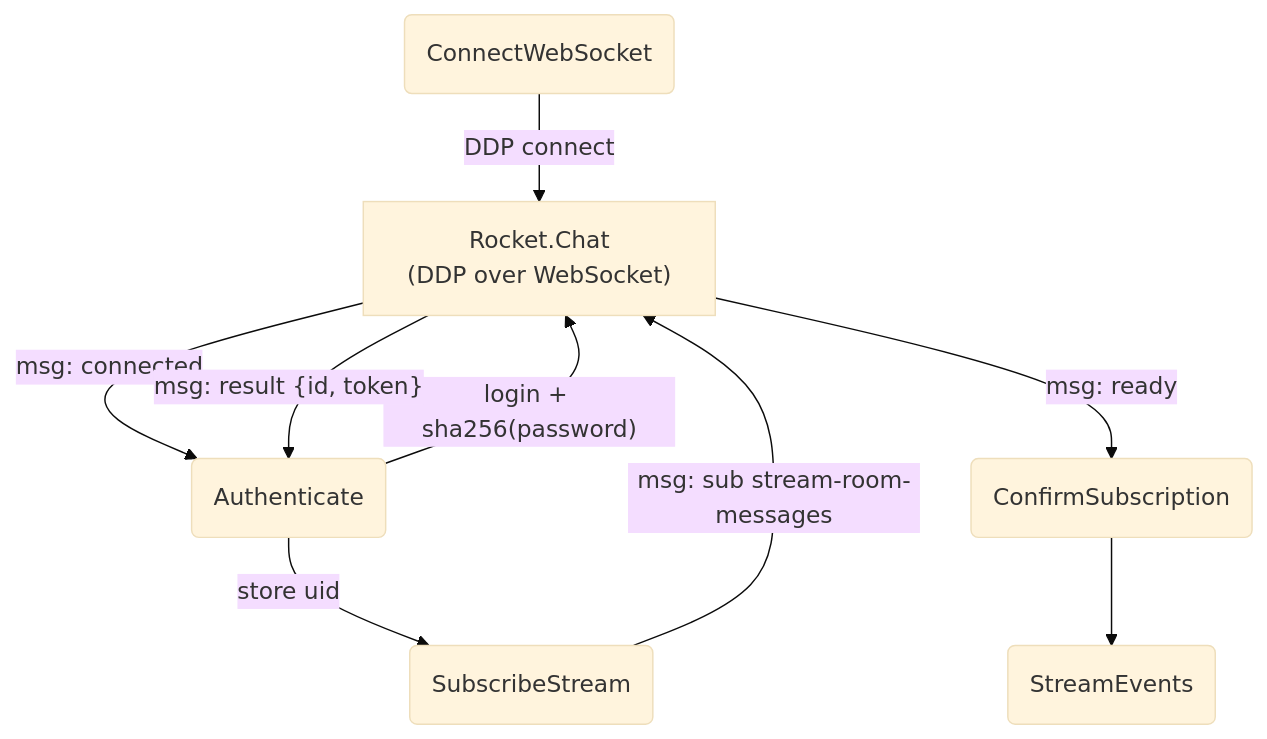
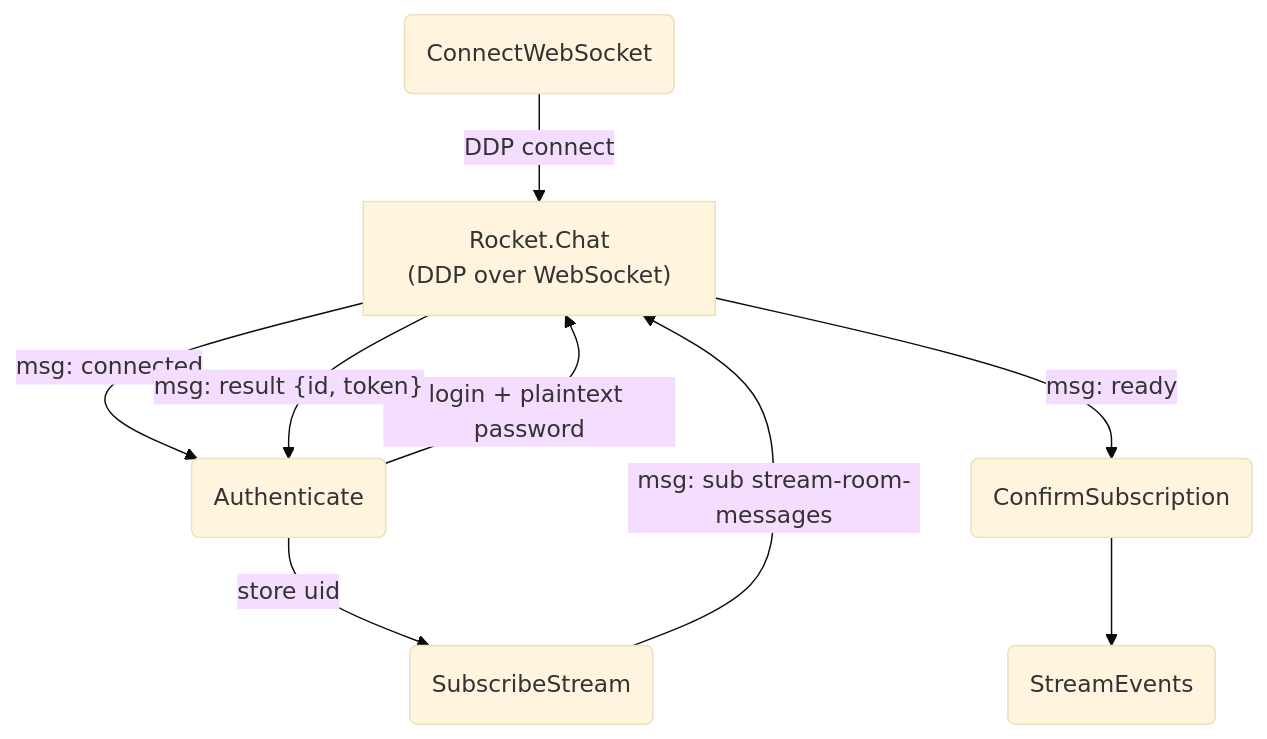
Before and after one commit to cosmoswafer/rockbot: the third of 4 diagrams in _docs/rocketchat-client.md, drawn with Mermaid (base theme). The commit also changed other lines of this file, not shown here.

Commit message:
docs: correct login description to reflect actual plaintext password behavior

````diff
--- a/_docs/rocketchat-client.md
+++ b/_docs/rocketchat-client.md
@@ -117,17 +117,17 @@
 ```mermaid
 flowchart TD
     CONNECT(ConnectWebSocket)
     AUTH(Authenticate)
     SUB(SubscribeStream)
     READY(ConfirmSubscription)
     STREAM(StreamEvents)
 
     CONNECT -->|"DDP connect"| RC["Rocket.Chat\n(DDP over WebSocket)"]
     RC -->|"msg: connected"| AUTH
-    AUTH -->|"login + sha256(password)"| RC
+    AUTH -->|"login + plaintext password"| RC
     RC -->|"msg: result {id, token}"| AUTH
     AUTH -->|"store uid"| SUB
     SUB -->|"msg: sub stream-room-messages"| RC
     RC -->|"msg: ready"| READY
     READY --> STREAM
 ```
````
